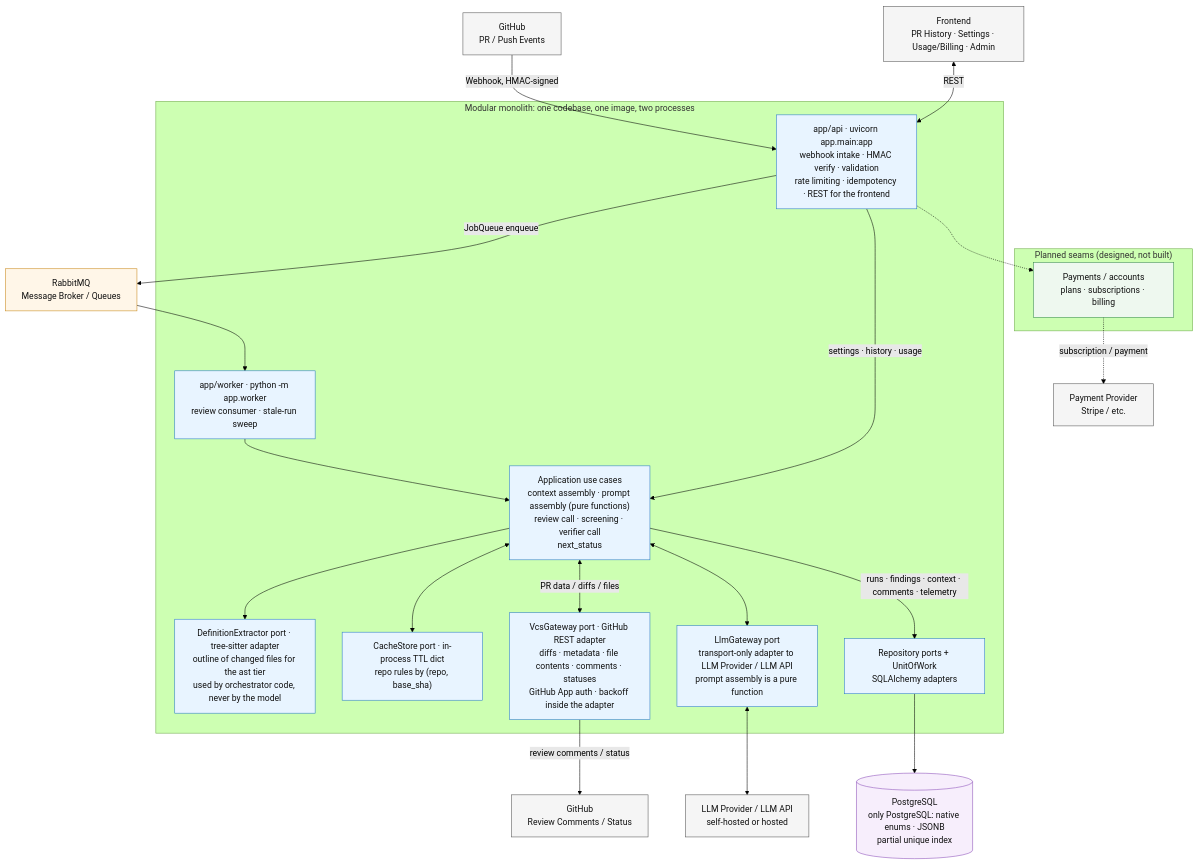
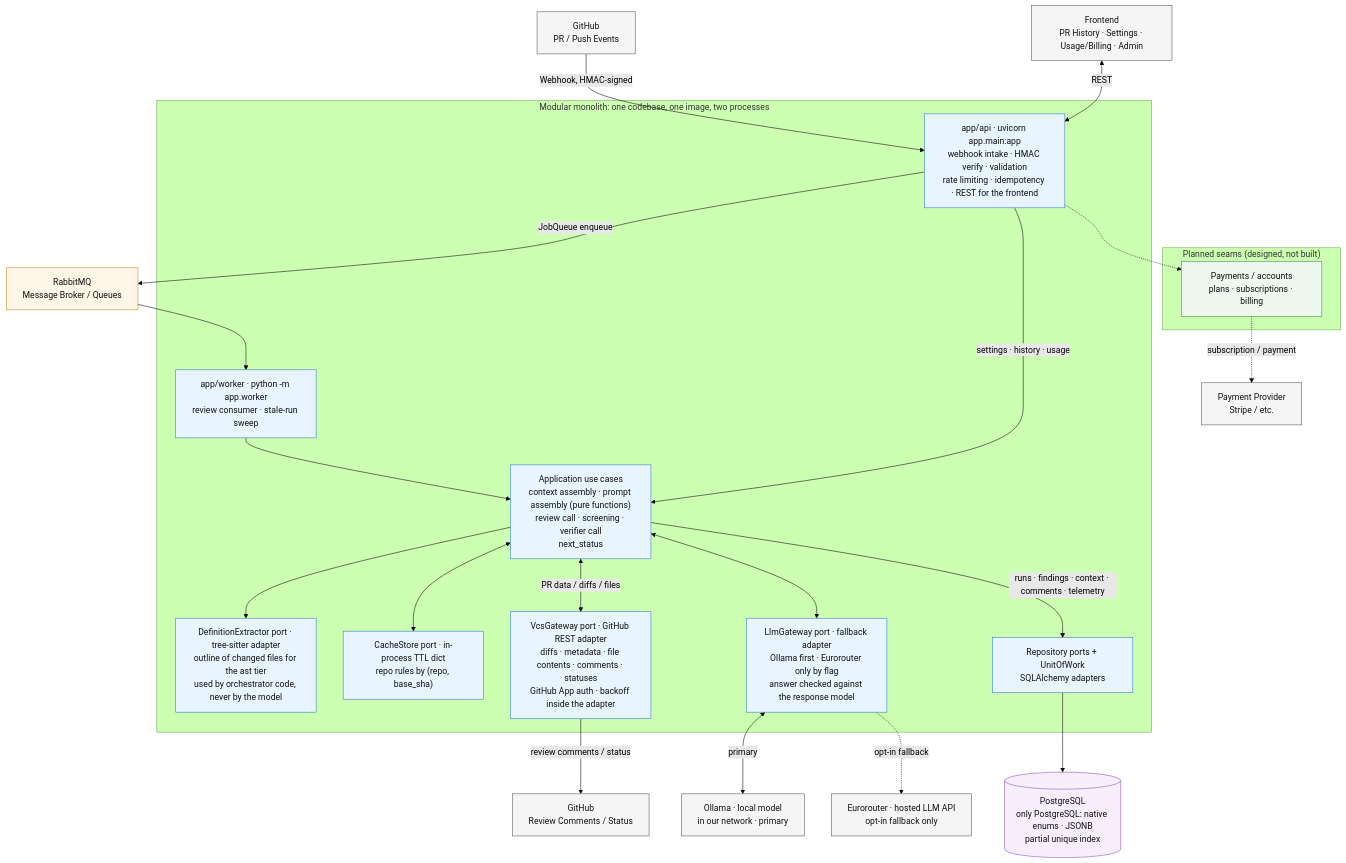
Before and after one commit to larchanka-training/dmc-268-api-t1: the diagram in docs/SYSTEM_DESIGN.md, drawn with Mermaid (forest theme). The commit also changed other lines of this file and 2 other files, not shown here.

Commit message:
docs: адаптеры модели, конфигурация и модель угроз hosted-фоллбэка
Задача #64, группа 10 change add-llm-gateway.

- BACKEND_ARCHITECTURE: строка LlmGateway - адаптеры Ollama, Eurorouter и
  составной, общий цикл повторов; конфигурация модели и проверки при
  старте воркера; модель угроз - self-hosted по умолчанию, Eurorouter
  только явным фоллбэком, ключи не попадают в логи и ошибки.
- SYSTEM_DESIGN: на диаграмме Ollama основным и Eurorouter пунктирным
  фоллбэком; порт, шаг генерации; «Построено» - публикация через
  VcsGateway давно реализована.

````diff
--- a/docs/SYSTEM_DESIGN.md
+++ b/docs/SYSTEM_DESIGN.md
@@ -9,69 +9,71 @@
 ```mermaid
 flowchart TB
     %% External
     GH[GitHub<br/>PR / Push Events]
     GHR[GitHub<br/>Review Comments / Status]
     PP[Payment Provider<br/>Stripe / etc.]
-    LLM[LLM Provider / LLM API<br/>self-hosted or hosted]
+    OLLAMA[Ollama · local model<br/>in our network · primary]
+    EURO[Eurorouter · hosted LLM API<br/>opt-in fallback only]
     FE[Frontend<br/>PR History · Settings · Usage/Billing · Admin]
 
     %% Infrastructure
     MQ[RabbitMQ<br/>Message Broker / Queues]
     DB[(PostgreSQL<br/>only PostgreSQL: native enums · JSONB<br/>partial unique index)]
 
     %% Modular monolith
     subgraph MONOLITH["Modular monolith: one codebase, one image, two processes"]
         API["app/api · uvicorn app.main:app<br/>webhook intake · HMAC verify · validation<br/>rate limiting · idempotency · REST for the frontend"]
         WORKER["app/worker · python -m app.worker<br/>review consumer · stale-run sweep"]
         ORCH["Application use cases<br/>context assembly · prompt assembly (pure functions)<br/>review call · screening · verifier call<br/>next_status"]
         PARSE["DefinitionExtractor port · tree-sitter adapter<br/>outline of changed files for the ast tier<br/>used by orchestrator code, never by the model"]
         CACHE["CacheStore port · in-process TTL dict<br/>repo rules by (repo, base_sha)"]
         VCS["VcsGateway port · GitHub REST adapter<br/>diffs · metadata · file contents · comments · statuses<br/>GitHub App auth · backoff inside the adapter"]
-        LGW["LlmGateway port<br/>transport-only adapter to LLM Provider / LLM API<br/>prompt assembly is a pure function"]
+        LGW["LlmGateway port · fallback adapter<br/>Ollama first · Eurorouter only by flag<br/>answer checked against the response model"]
         REPOS["Repository ports + UnitOfWork<br/>SQLAlchemy adapters"]
     end
 
     %% Planned seams
     subgraph PLANNED["Planned seams (designed, not built)"]
         PAY["Payments / accounts<br/>plans · subscriptions · billing"]
     end
 
     %% Event flow
     GH -->|Webhook, HMAC-signed| API
     FE <-->|REST| API
     API -->|JobQueue enqueue| MQ
     MQ --> WORKER
     WORKER --> ORCH
     API -->|settings · history · usage| ORCH
 
     %% VCS
     ORCH <-->|PR data / diffs / files| VCS
     ORCH --> PARSE
     ORCH <--> CACHE
     VCS -->|review comments / status| GHR
 
     %% LLM
     ORCH <--> LGW
-    LGW <--> LLM
+    LGW <-->|primary| OLLAMA
+    LGW -.->|opt-in fallback| EURO
 
     %% Data and telemetry
     ORCH -->|runs · findings · context · comments · telemetry| REPOS
     REPOS --> DB
 
     %% Planned seams
     API -.-> PAY
     PAY -.->|subscription / payment| PP
 
     %% Styling
     classDef external fill:#f5f5f5,stroke:#555,color:#111;
     classDef core fill:#e8f4ff,stroke:#2878c8,color:#111;
     classDef planned fill:#eef8ef,stroke:#368a4a,color:#111;
     classDef infra fill:#fff6e8,stroke:#c88719,color:#111;
     classDef db fill:#f7eefc,stroke:#8a4db8,color:#111;
 
-    class GH,GHR,PP,LLM,FE external;
+    class GH,GHR,PP,OLLAMA,EURO,FE external;
     class API,WORKER,ORCH,VCS,LGW,REPOS,PARSE,CACHE core;
     class PAY planned;
     class MQ infra;
     class DB db;
 ```
````
